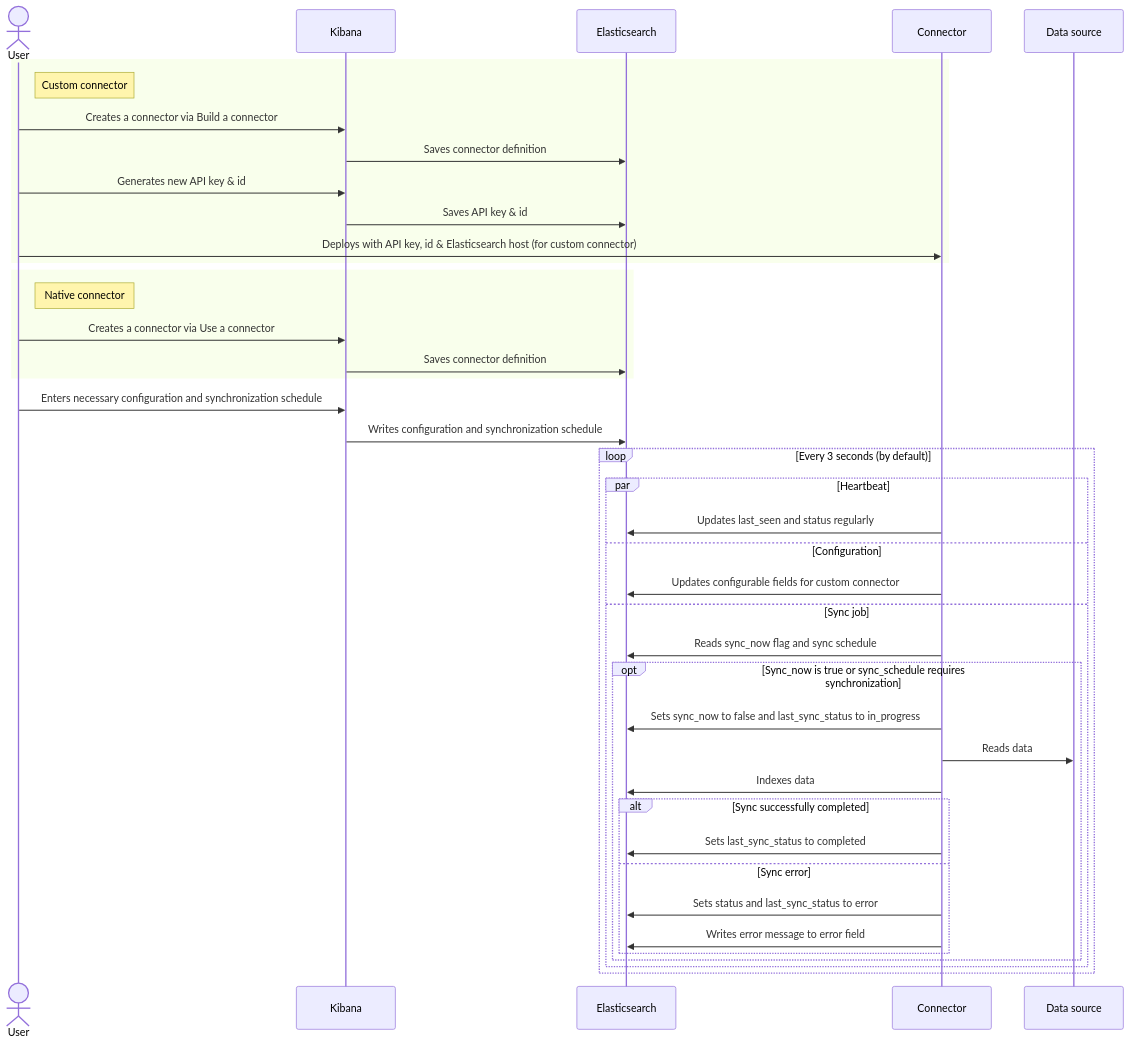
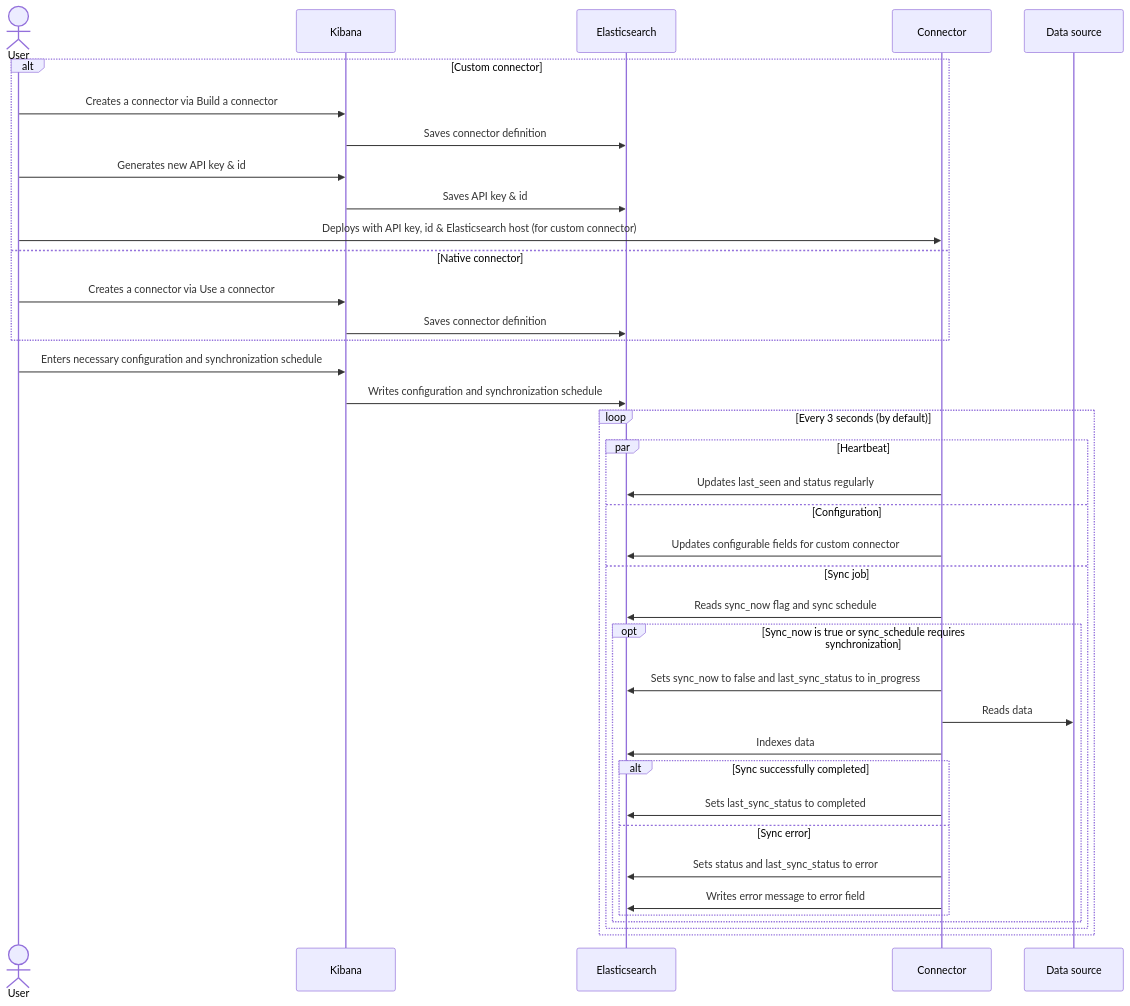
Before and after one commit to elastic/connectors-ruby: the diagram in docs/CONNECTOR_PROTOCOL.md, drawn with Mermaid.

Commit message:
Use alt instead of rect in mermaid

````diff
--- a/docs/CONNECTOR_PROTOCOL.md
+++ b/docs/CONNECTOR_PROTOCOL.md
@@ -171,43 +171,40 @@
 ```mermaid
 sequenceDiagram
     actor User
     participant Kibana
     participant Elasticsearch
     participant Connector
     participant Data source
-    rect
-    note right of User: Custom connector
-    User->>Kibana: Creates a connector via Build a connector
-    Kibana->>Elasticsearch: Saves connector definition
-    User->>Kibana: Generates new API key & id
-    Kibana->>Elasticsearch: Saves API key & id
-    User->>Connector: Deploys with API key, id & Elasticsearch host (for custom connector)
-    end
-    rect
-    note right of User: Native connector
-    User->>Kibana: Creates a connector via Use a connector
-    Kibana->>Elasticsearch: Saves connector definition
+    alt Custom connector
+        User->>Kibana: Creates a connector via Build a connector
+        Kibana->>Elasticsearch: Saves connector definition
+        User->>Kibana: Generates new API key & id
+        Kibana->>Elasticsearch: Saves API key & id
+        User->>Connector: Deploys with API key, id & Elasticsearch host (for custom connector)
+    else Native connector
+        User->>Kibana: Creates a connector via Use a connector
+        Kibana->>Elasticsearch: Saves connector definition
     end
     User->>Kibana: Enters necessary configuration and synchronization schedule
     Kibana->>Elasticsearch: Writes configuration and synchronization schedule
     loop Every 3 seconds (by default)
         par Heartbeat
             Connector->>Elasticsearch: Updates last_seen and status regularly
         and Configuration
             Connector->>Elasticsearch: Updates configurable fields for custom connector
         and Sync job
             Connector->>Elasticsearch: Reads sync_now flag and sync schedule
             opt Sync_now is true or sync_schedule requires synchronization
                 Connector->>Elasticsearch: Sets sync_now to false and last_sync_status to in_progress
                 Connector->>Data source: Reads data
                 Connector->>Elasticsearch: Indexes data
                 alt Sync successfully completed
                     Connector->>Elasticsearch: Sets last_sync_status to completed
                 else Sync error
                     Connector->>Elasticsearch: Sets status and last_sync_status to error
                     Connector->>Elasticsearch: Writes error message to error field
                 end
             end
         end
     end
 ```
````
